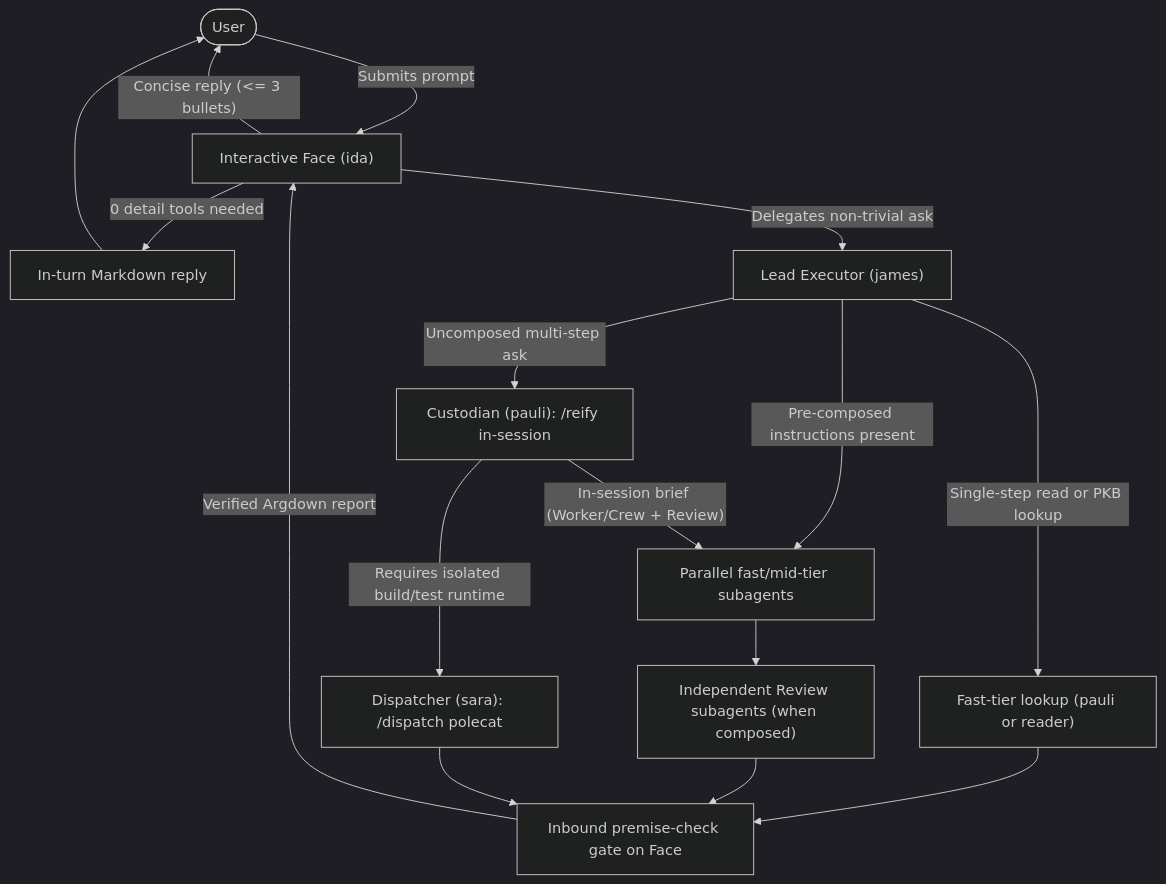
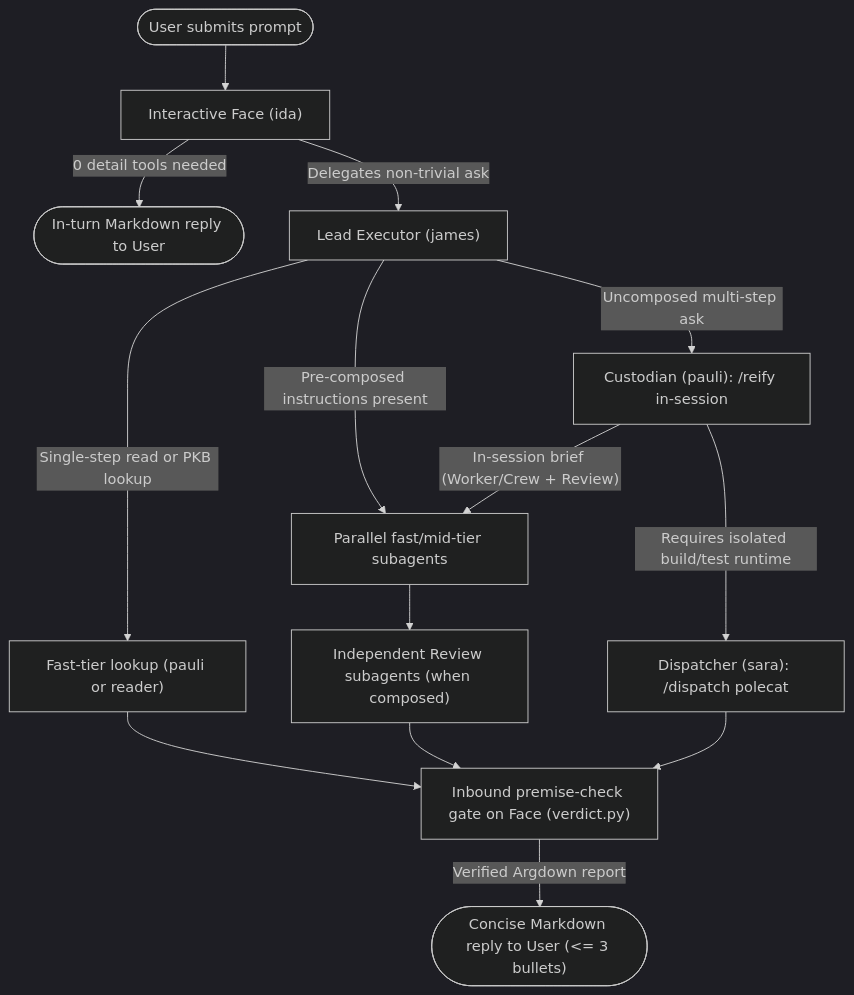
The diagram in specs/workflows/in-session-workflow-execution.md (nicsuzor/academicOps), drawn with Mermaid (dark theme) before and after one commit. The commit also changed other lines of this file, not shown here.

````diff
--- a/specs/workflows/in-session-workflow-execution.md
+++ b/specs/workflows/in-session-workflow-execution.md
@@ -15,18 +15,16 @@
 ```mermaid
 flowchart TD
-    User(["User"]) -->|"Submits prompt"| Face["Interactive Face (ida)"]
-    Face -->|"0 detail tools needed"| Direct["In-turn Markdown reply"]
-    Direct --> User
+    User(["User submits prompt"]) --> Face["Interactive Face (ida)"]
+    Face -->|"0 detail tools needed"| Direct(["In-turn Markdown reply to User"])
     Face -->|"Delegates non-trivial ask"| Exec["Lead Executor (james)"]
     Exec -->|"Pre-composed instructions present"| WorkerFanout["Parallel fast/mid-tier subagents"]
     Exec -->|"Single-step read or PKB lookup"| FastLookup["Fast-tier lookup (pauli or reader)"]
     Exec -->|"Uncomposed multi-step ask"| Custodian["Custodian (pauli): /reify in-session"]
     Custodian -->|"Requires isolated build/test runtime"| Dispatch["Dispatcher (sara): /dispatch polecat"]
     Custodian -->|"In-session brief (Worker/Crew + Review)"| WorkerFanout
-    FastLookup --> Gate["Inbound premise-check gate on Face"]
+    FastLookup --> Gate["Inbound premise-check gate on Face (verdict.py)"]
     WorkerFanout --> ReviewStage["Independent Review subagents (when composed)"]
     ReviewStage --> Gate
     Dispatch --> Gate
-    Gate -->|"Verified Argdown report"| Face
-    Face -->|"Concise reply (<= 3 bullets)"| User
+    Gate -->|"Verified Argdown report"| Reply(["Concise Markdown reply to User (<= 3 bullets)"])
 ```
````
